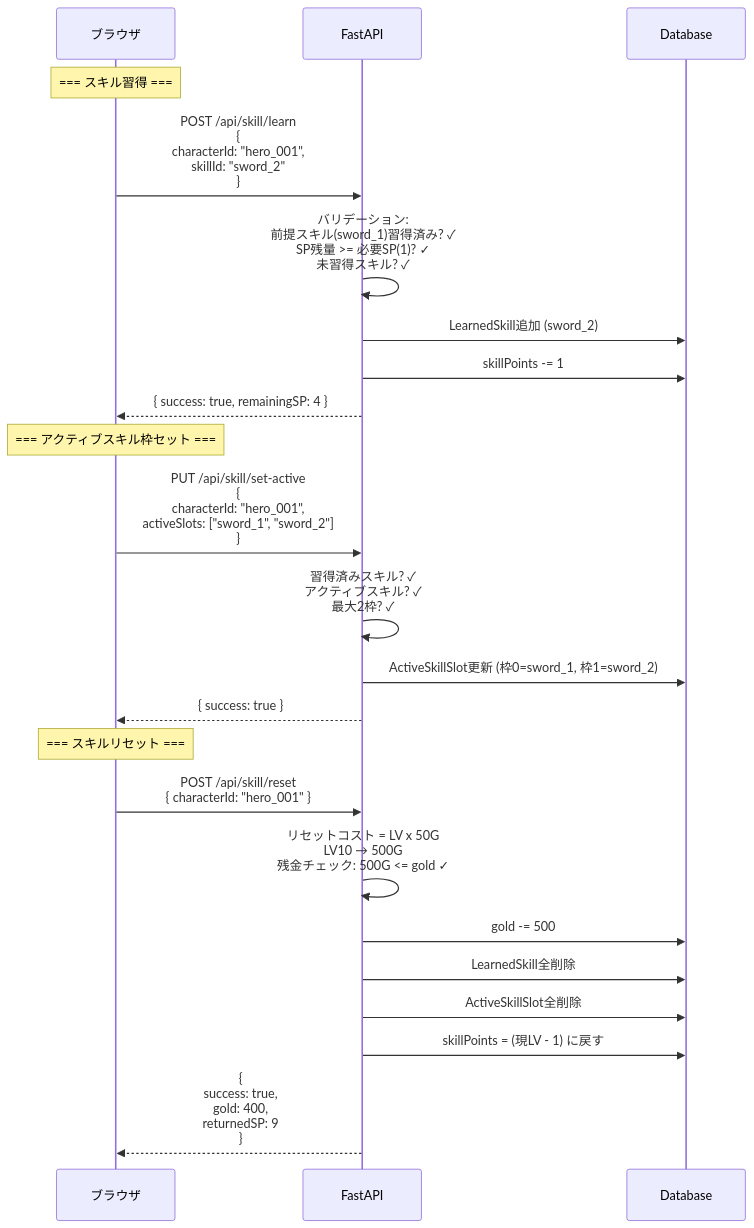
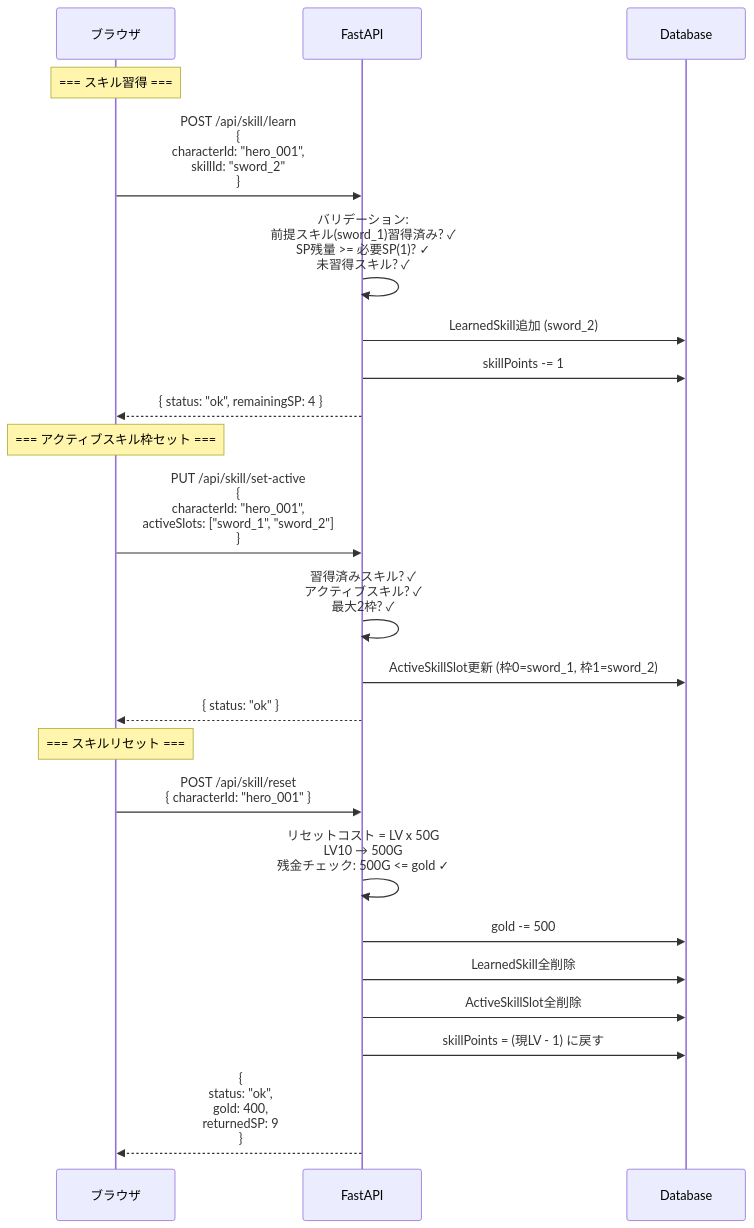
The seventh of 14 diagrams in diagrams/api_sequence.md (dateeee/2026_AFKGAME), drawn with Mermaid before and after one commit. The commit also changed other lines of this file and 34 other files, not shown here.

First line of the commit message:
docs+fix: 工程定義に基づく要件〜詳細設計の見直し — 全仕様書・設計図レビューと指摘修正

````diff
--- a/diagrams/api_sequence.md
+++ b/diagrams/api_sequence.md
@@ -248,37 +284,37 @@
 ```mermaid
 %%{init: {'theme': 'default', 'sequence': {'actorFontSize': 18, 'messageFontSize': 16, 'noteFontSize': 14}} }%%
 sequenceDiagram
     participant B as ブラウザ
     participant API as FastAPI
     participant DB as Database
 
     Note over B: === スキル習得 ===
 
     B->>API: POST /api/skill/learn<br/>{<br/>  characterId: "hero_001",<br/>  skillId: "sword_2"<br/>}
 
     API->>API: バリデーション:<br/>前提スキル(sword_1)習得済み? ✓<br/>SP残量 >= 必要SP(1)? ✓<br/>未習得スキル? ✓
     API->>DB: LearnedSkill追加 (sword_2)
     API->>DB: skillPoints -= 1
-    API-->>B: { success: true, remainingSP: 4 }
+    API-->>B: { status: "ok", remainingSP: 4 }
 
     Note over B: === アクティブスキル枠セット ===
 
     B->>API: PUT /api/skill/set-active<br/>{<br/>  characterId: "hero_001",<br/>  activeSlots: ["sword_1", "sword_2"]<br/>}
 
     API->>API: 習得済みスキル? ✓<br/>アクティブスキル? ✓<br/>最大2枠? ✓
     API->>DB: ActiveSkillSlot更新 (枠0=sword_1, 枠1=sword_2)
-    API-->>B: { success: true }
+    API-->>B: { status: "ok" }
 
     Note over B: === スキルリセット ===
 
     B->>API: POST /api/skill/reset<br/>{ characterId: "hero_001" }
 
     API->>API: リセットコスト = LV x 50G<br/>LV10 → 500G<br/>残金チェック: 500G <= gold ✓
 
     API->>DB: gold -= 500
     API->>DB: LearnedSkill全削除
     API->>DB: ActiveSkillSlot全削除
     API->>DB: skillPoints = (現LV - 1) に戻す
 
-    API-->>B: {<br/>  success: true,<br/>  gold: 400,<br/>  returnedSP: 9<br/>}
+    API-->>B: {<br/>  status: "ok",<br/>  gold: 400,<br/>  returnedSP: 9<br/>}
 ```
````
